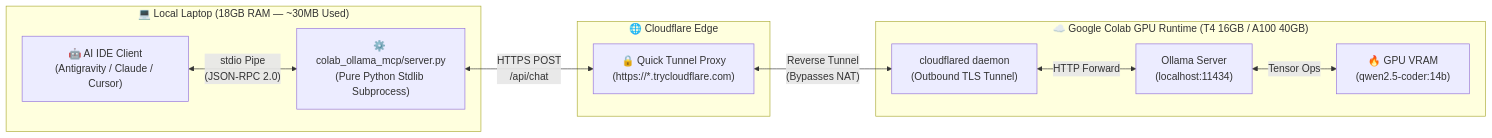
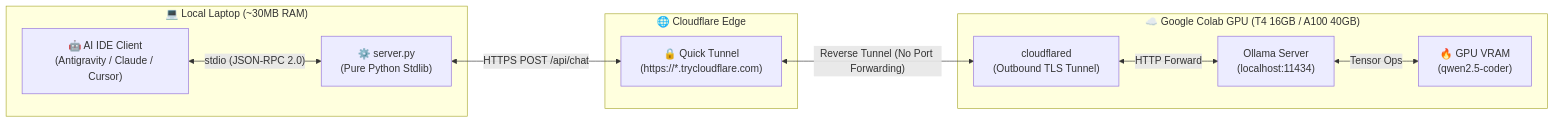
The first of 3 diagrams in README.md (marchhygge/colab-ollama-mcp), drawn with Mermaid before and after one commit. The commit also changed other lines of this file and 4 other files, not shown here.

````diff
--- a/README.md
+++ b/README.md
@@ -69,23 +42,23 @@
 ```mermaid
 flowchart LR
-    subgraph LOCAL["💻 Local Laptop (18GB RAM — ~30MB Used)"]
+    subgraph LOCAL["💻 Local Laptop (~30MB RAM)"]
         IDE["🤖 AI IDE Client\n(Antigravity / Claude / Cursor)"]
-        SRV["⚙️ colab_ollama_mcp/server.py\n(Pure Python Stdlib Subprocess)"]
-        IDE <-->|"stdio Pipe\n(JSON-RPC 2.0)"| SRV
+        SRV["⚙️ server.py\n(Pure Python Stdlib)"]
+        IDE <-->|"stdio (JSON-RPC 2.0)"| SRV
     end
 
     subgraph NET["🌐 Cloudflare Edge"]
-        CF["🔒 Quick Tunnel Proxy\n(https://*.trycloudflare.com)"]
+        CF["🔒 Quick Tunnel\n(https://*.trycloudflare.com)"]
     end
 
-    subgraph COLAB["☁️ Google Colab GPU Runtime (T4 16GB / A100 40GB)"]
-        CFD["cloudflared daemon\n(Outbound TLS Tunnel)"]
+    subgraph COLAB["☁️ Google Colab GPU (T4 16GB / A100 40GB)"]
+        CFD["cloudflared\n(Outbound TLS Tunnel)"]
         OLLAMA["Ollama Server\n(localhost:11434)"]
-        VRAM["🔥 GPU VRAM\n(qwen2.5-coder:14b)"]
+        VRAM["🔥 GPU VRAM\n(qwen2.5-coder)"]
         CFD <-->|"HTTP Forward"| OLLAMA
         OLLAMA <-->|"Tensor Ops"| VRAM
     end
 
-    SRV <-->|"HTTPS POST\n/api/chat"| CF
-    CF <-->|"Reverse Tunnel\n(Bypasses NAT)"| CFD
+    SRV <-->|"HTTPS POST /api/chat"| CF
+    CF <-->|"Reverse Tunnel (No Port Forwarding)"| CFD
 ```
````
